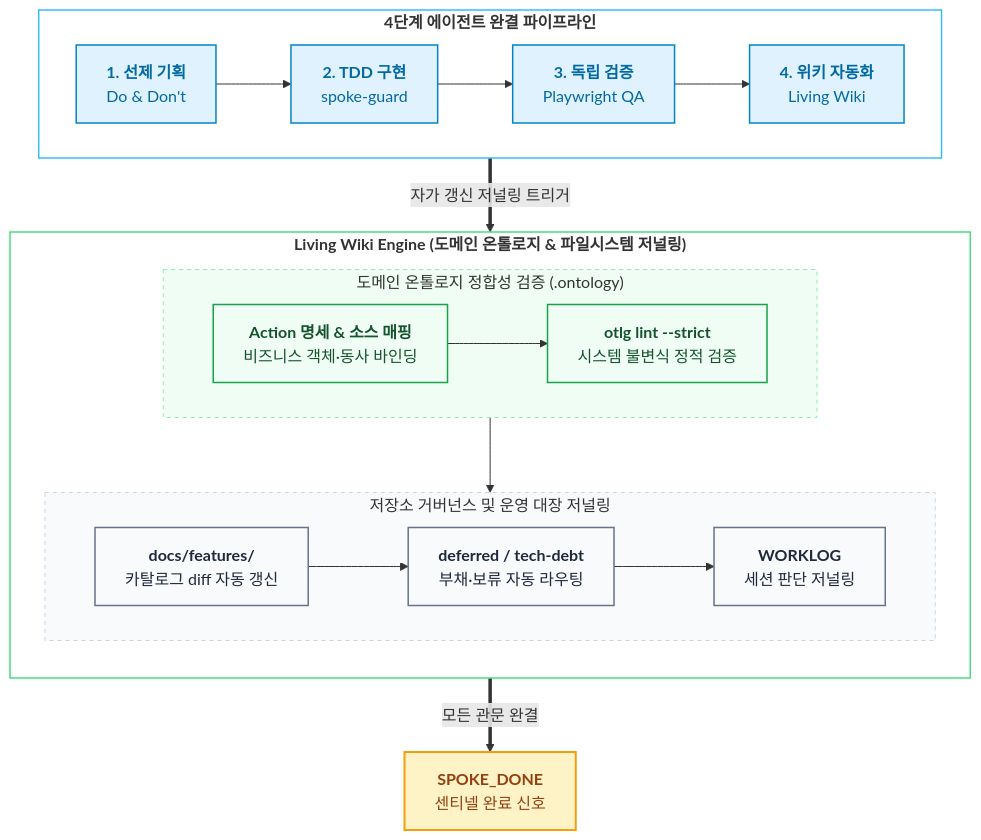
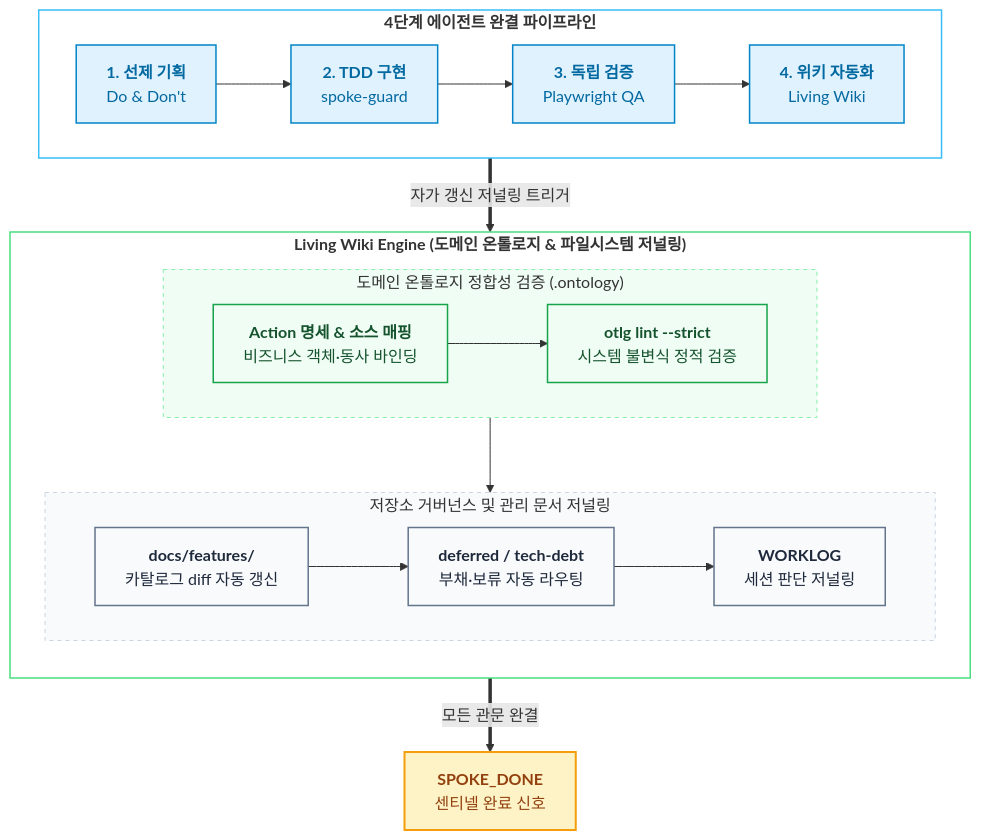
One commit to tomato-vault/tomato-vault.github.io changed the second of 2 diagrams in _posts/tech/ai-agent-architecture/11 우리는 이미 각자의 운영체제를 짜고 있었다.md. Above: the diagram before and after it, drawn with Mermaid. The commit also changed other lines of this file and 24 other files, not shown here.

````diff
--- a/_posts/tech/ai-agent-architecture/11 우리는 이미 각자의 운영체제를 짜고 있었다.md
+++ b/_posts/tech/ai-agent-architecture/11 우리는 이미 각자의 운영체제를 짜고 있었다.md
@@ -213,39 +166,39 @@
 ```mermaid
 flowchart TD
     subgraph Pipeline ["<b>4단계 에이전트 완결 파이프라인</b>"]
         direction LR
         P1["<b>1. 선제 기획</b><br/>Do & Don't"] --> P2["<b>2. TDD 구현</b><br/>spoke-guard"] --> P3["<b>3. 독립 검증</b><br/>Playwright QA"] --> P4["<b>4. 위키 자동화</b><br/>Living Wiki"]
     end
 
     Pipeline ==>|"자가 갱신 저널링 트리거"| LivingWiki
 
     subgraph LivingWiki ["<b>Living Wiki Engine (도메인 온톨로지 & 파일시스템 저널링)</b>"]
         direction TB
         subgraph OTLG ["도메인 온톨로지 정합성 검증 (.ontology)"]
             direction LR
             W1["<b>Action 명세 & 소스 매핑</b><br/>비즈니스 객체·동사 바인딩"] --> W2["<b>otlg lint --strict</b><br/>시스템 불변식 정적 검증"]
         end
-        subgraph CATALOG ["저장소 거버넌스 및 운영 대장 저널링"]
+        subgraph CATALOG ["저장소 거버넌스 및 관리 문서 저널링"]
             direction LR
             W3["<b>docs/features/</b><br/>카탈로그 diff 자동 갱신"] --> W4["<b>deferred / tech-debt</b><br/>부채·보류 자동 라우팅"] --> W5["<b>WORKLOG</b><br/>세션 판단 저널링"]
         end
         OTLG --> CATALOG
     end
 
     LivingWiki ==>|"모든 관문 완결"| Done["<b>SPOKE_DONE</b><br/>센티넬 완료 신호"]
 
     classDef flowNode fill:#e0f2fe,stroke:#0284c7,stroke-width:1.5px,color:#0369a1
     classDef otlgNode fill:#f0fdf4,stroke:#16a34a,stroke-width:1.5px,color:#14532d
     classDef catNode fill:#f8fafc,stroke:#64748b,stroke-width:1.5px,color:#1e293b
     classDef doneNode fill:#fef3c7,stroke:#f59e0b,stroke-width:2px,color:#92400e
 
     class P1,P2,P3,P4 flowNode
     class W1,W2 otlgNode
     class W3,W4,W5 catNode
     class Done doneNode
 
     style Pipeline fill:#ffffff,stroke:#38bdf8,stroke-width:1.5px
     style LivingWiki fill:#ffffff,stroke:#4ade80,stroke-width:1.5px
     style OTLG fill:#f0fdf4,stroke:#86efac,stroke-dasharray: 4 4
     style CATALOG fill:#f8fafc,stroke:#cbd5e1,stroke-dasharray: 4 4
 ```
````
